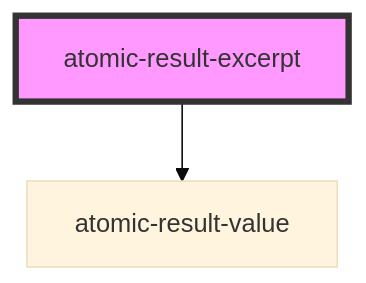
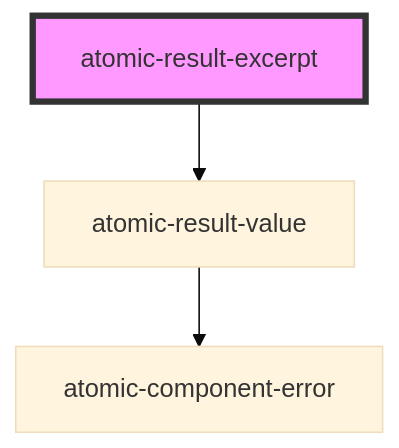
Before and after one commit to coveo/ui-kit: the diagram in packages/atomic/src/components/result-template-components/atomic-result-excerpt/readme.md, drawn with Mermaid (base theme). The commit also changed 4 other files, not shown here.

````diff
--- a/packages/atomic/src/components/result-template-components/atomic-result-excerpt/readme.md
+++ b/packages/atomic/src/components/result-template-components/atomic-result-excerpt/readme.md
@@ -15,5 +15,6 @@
 ```mermaid
 graph TD;
   atomic-result-excerpt --> atomic-result-value
+  atomic-result-value --> atomic-component-error
   style atomic-result-excerpt fill:#f9f,stroke:#333,stroke-width:4px
 ```
````
